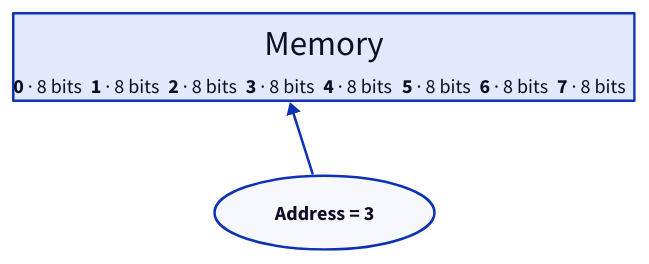
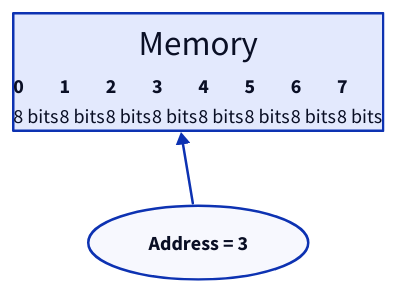
Diagram 13 of 19 in src/computer-science/DSA/data-structures/1.arrays/01-introduction.md (ani2fun/note-book), drawn with D2 before and after one commit. The commit also changed other lines of this file, not shown here.

````diff
--- a/src/computer-science/DSA/data-structures/1.arrays/01-introduction.md
+++ b/src/computer-science/DSA/data-structures/1.arrays/01-introduction.md
@@ -732,37 +732,37 @@
 ```d2
 direction: right
 
 mem: Memory {
   grid-columns: 8
   grid-gap: 0
   b0: |md
-    **0** · 8 bits
+    **0**<br/>8 bits
   |
   b1: |md
-    **1** · 8 bits
+    **1**<br/>8 bits
   |
   b2: |md
-    **2** · 8 bits
+    **2**<br/>8 bits
   |
   b3: |md
-    **3** · 8 bits
+    **3**<br/>8 bits
   |
   b4: |md
-    **4** · 8 bits
+    **4**<br/>8 bits
   |
   b5: |md
-    **5** · 8 bits
+    **5**<br/>8 bits
   |
   b6: |md
-    **6** · 8 bits
+    **6**<br/>8 bits
   |
   b7: |md
-    **7** · 8 bits
+    **7**<br/>8 bits
   |
 }
 
 addr: Address = 3 {
   shape: oval
 }
 addr -> mem.b3
 ```
````
